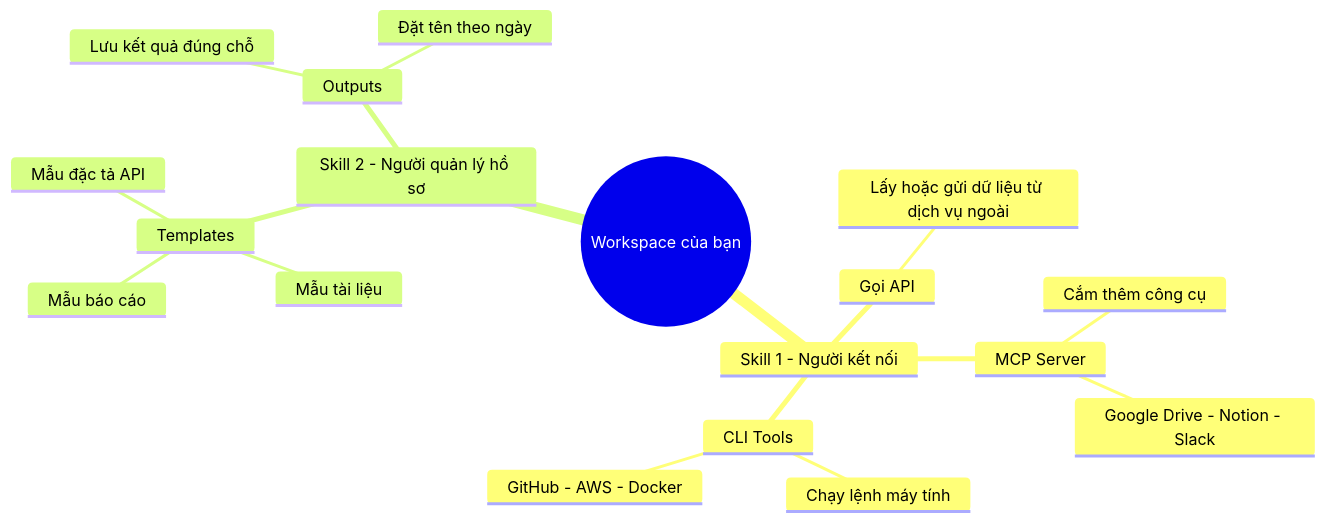
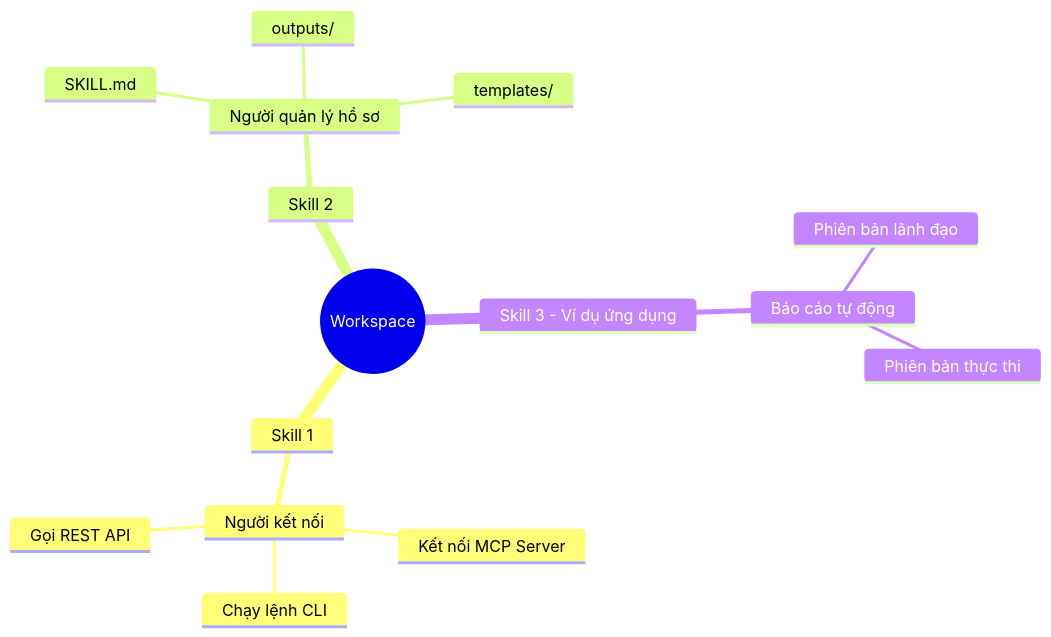
One commit to bochidung642-blip/1-kh-ng-gian-l-m-vi-c-c-nh-n-v-i-c-c-skills changed the first of 5 diagrams in README.md. Above: the diagram before and after it, drawn with Mermaid. The commit also changed other lines of this file, not shown here.

````diff
--- a/README.md
+++ b/README.md
@@ -9,21 +9,18 @@
 ```mermaid
 mindmap
-  root((Workspace của bạn))
-    Skill 1 - Người kết nối
-      Gọi API
-        Lấy hoặc gửi dữ liệu từ dịch vụ ngoài
-      MCP Server
-        Cắm thêm công cụ
-        Google Drive - Notion - Slack
-      CLI Tools
-        Chạy lệnh máy tính
-        GitHub - AWS - Docker
-    Skill 2 - Người quản lý hồ sơ
-      Templates
-        Mẫu tài liệu
-        Mẫu báo cáo
-        Mẫu đặc tả API
-      Outputs
-        Lưu kết quả đúng chỗ
-        Đặt tên theo ngày
+  root((Workspace))
+    Skill 1
+      Người kết nối
+        Gọi REST API
+        Kết nối MCP Server
+        Chạy lệnh CLI
+    Skill 2
+      Người quản lý hồ sơ
+        SKILL.md
+        templates/
+        outputs/
+    Skill 3 - Ví dụ ứng dụng
+      Báo cáo tự động
+        Phiên bản lãnh đạo
+        Phiên bản thực thi
 ```
````
